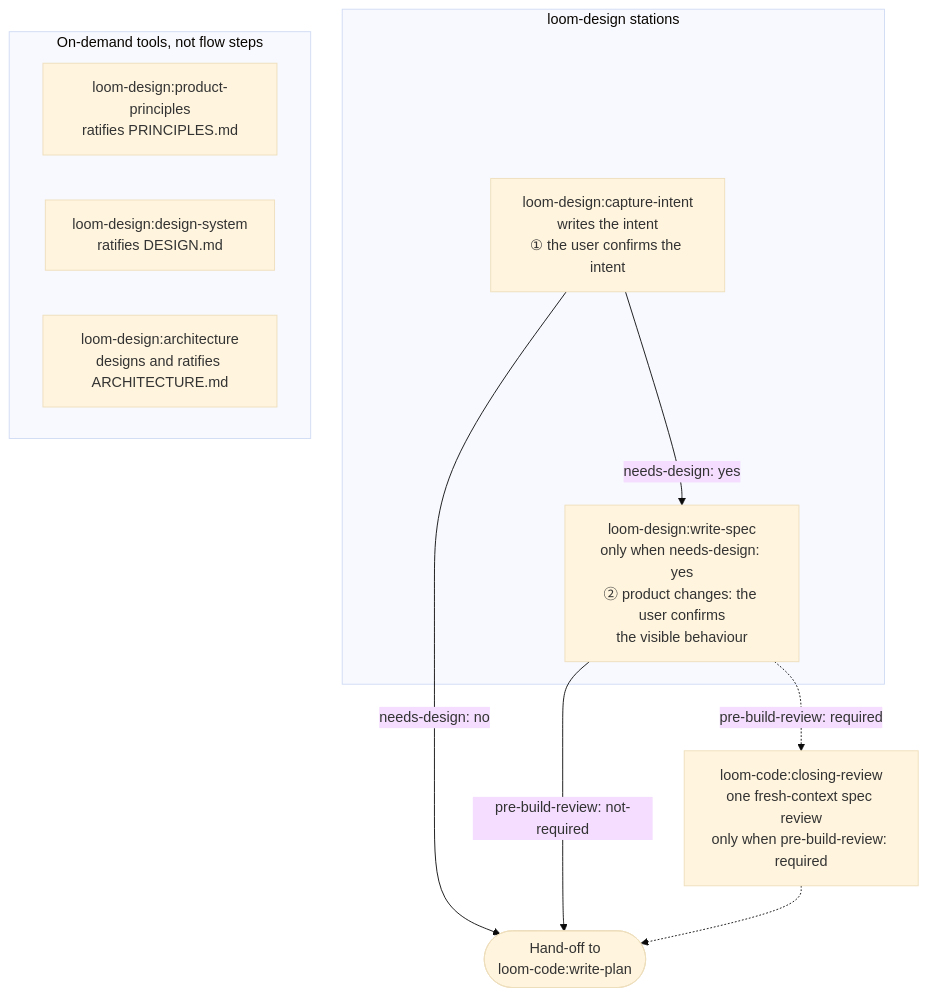
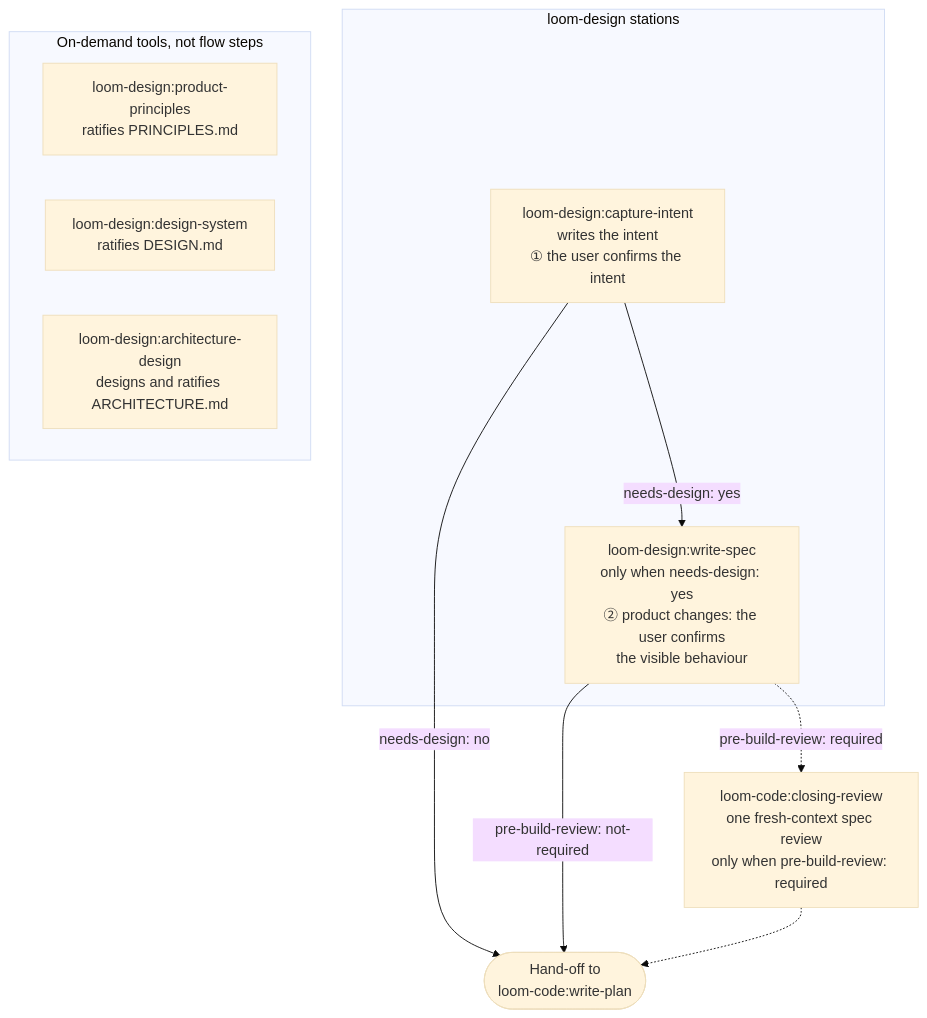
The diagram in loom-design/README.md (kouko/loom-plugins), drawn with Mermaid (base theme) before and after one commit. The commit also changed other lines of this file and 36 other files, not shown here.

First line of the commit message:
feat(loom-design): rename architecture skill to architecture-design (#57)

````diff
--- a/loom-design/README.md
+++ b/loom-design/README.md
@@ -18,22 +18,22 @@
 ```mermaid
 flowchart TD
     subgraph stations["loom-design stations"]
         intent["loom-design:capture-intent<br/>writes the intent<br/>① the user confirms the intent"]
         spec["loom-design:write-spec<br/>only when needs-design: yes<br/>② product changes: the user confirms<br/>the visible behaviour"]
     end
 
     specreview["loom-code:closing-review<br/>one fresh-context spec review<br/>only when pre-build-review: required"]
     plan(["Hand-off to<br/>loom-code:write-plan"])
 
     subgraph tools["On-demand tools, not flow steps"]
         principles["loom-design:product-principles<br/>ratifies PRINCIPLES.md"]
         designsys["loom-design:design-system<br/>ratifies DESIGN.md"]
-        arch["loom-design:architecture<br/>designs and ratifies ARCHITECTURE.md"]
+        arch["loom-design:architecture-design<br/>designs and ratifies ARCHITECTURE.md"]
     end
 
     intent -->|"needs-design: yes"| spec
     intent -->|"needs-design: no"| plan
     spec -->|"pre-build-review: not-required"| plan
     spec -.->|"pre-build-review: required"| specreview
     specreview -.-> plan
 ```
````
